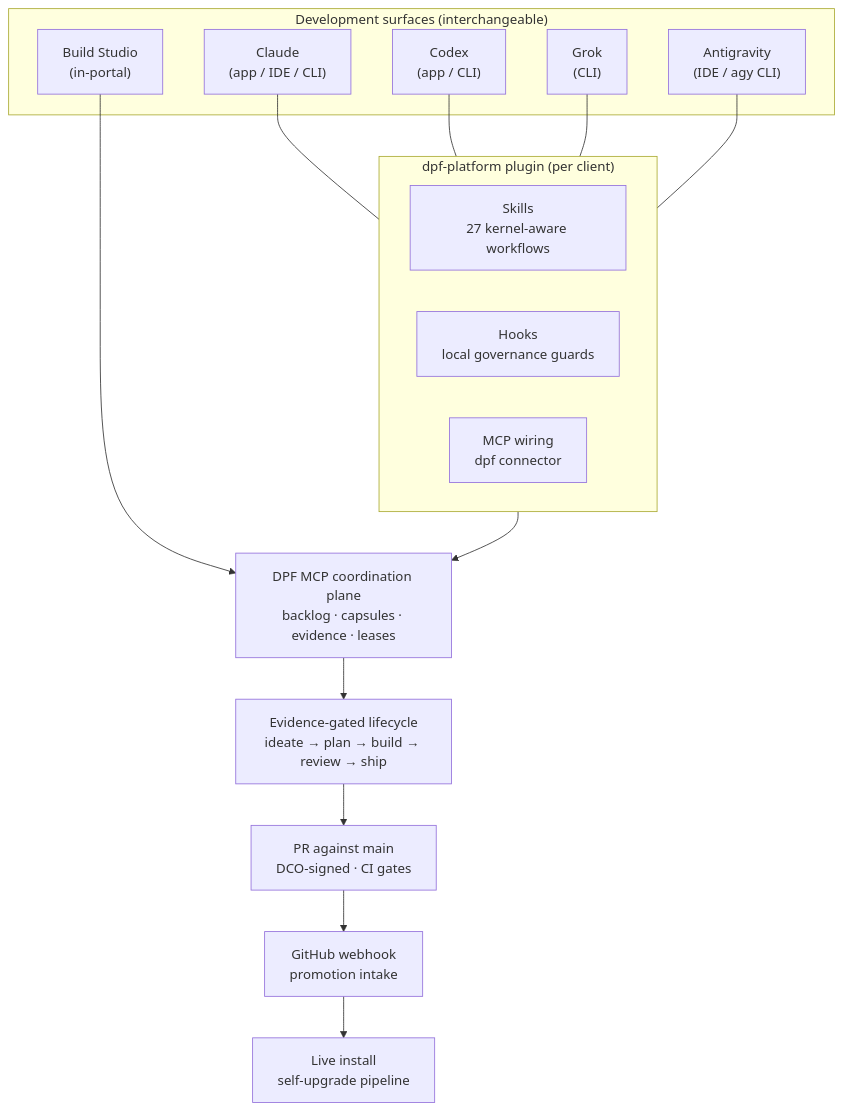
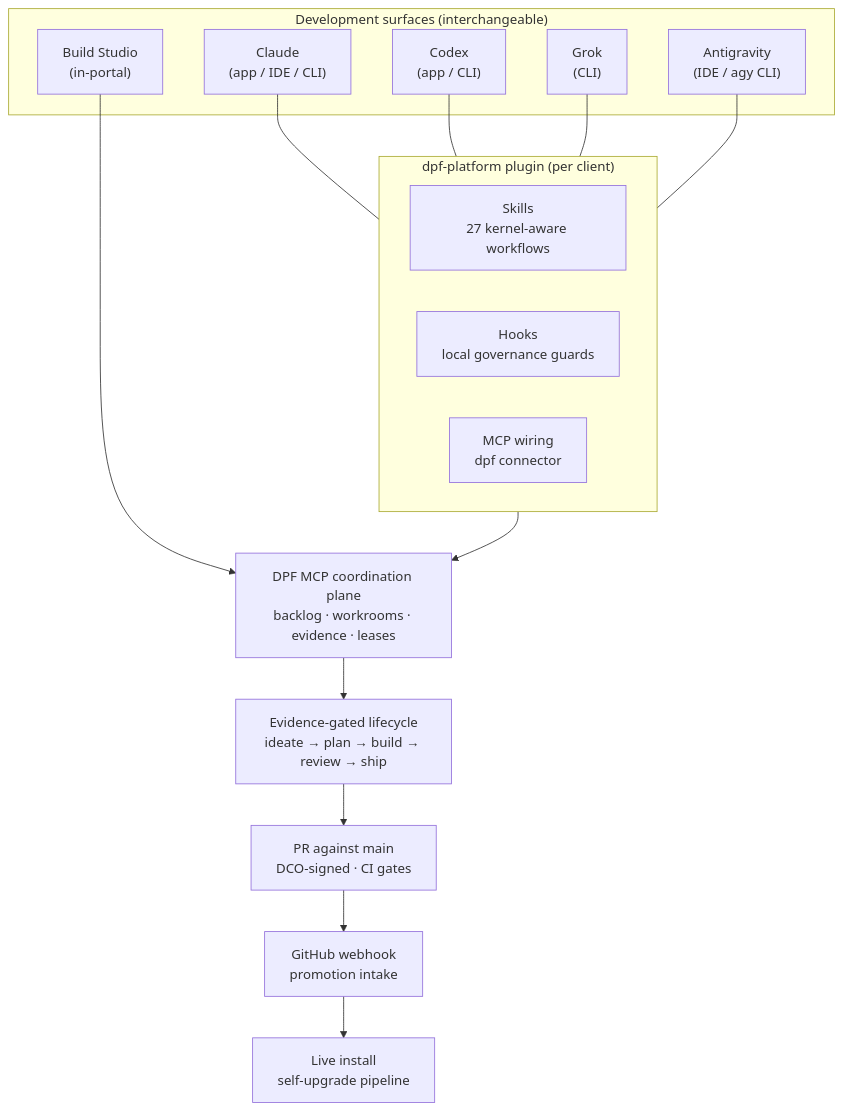
Before and after one commit to OpenDigitalProductFactory/opendigitalproductfactory: the first of 4 diagrams in docs/user-guide/contributing/agent-dev-environments.md, drawn with Mermaid. The commit also changed 26 other files, not shown here.

````diff
--- a/docs/user-guide/contributing/agent-dev-environments.md
+++ b/docs/user-guide/contributing/agent-dev-environments.md
@@ -31,33 +31,33 @@
 ```mermaid
 flowchart TB
     subgraph surfaces["Development surfaces (interchangeable)"]
         claude["Claude<br/>(app / IDE / CLI)"]
         codex["Codex<br/>(app / CLI)"]
         grok["Grok<br/>(CLI)"]
         antigravity["Antigravity<br/>(IDE / agy CLI)"]
         bs["Build Studio<br/>(in-portal)"]
     end
 
     subgraph plugin["dpf-platform plugin (per client)"]
         skills["Skills<br/>27 kernel-aware workflows"]
         hooks["Hooks<br/>local governance guards"]
         mcpwire["MCP wiring<br/>dpf connector"]
     end
 
-    mcp["DPF MCP coordination plane<br/>backlog · capsules · evidence · leases"]
+    mcp["DPF MCP coordination plane<br/>backlog · workrooms · evidence · leases"]
     lifecycle["Evidence-gated lifecycle<br/>ideate → plan → build → review → ship"]
     pr["PR against main<br/>DCO-signed · CI gates"]
     webhook["GitHub webhook<br/>promotion intake"]
     live["Live install<br/>self-upgrade pipeline"]
 
     claude --- plugin
     codex --- plugin
     grok --- plugin
     antigravity --- plugin
     plugin --> mcp
     bs --> mcp
     mcp --> lifecycle
     lifecycle --> pr
     pr --> webhook
     webhook --> live
 ```
````
